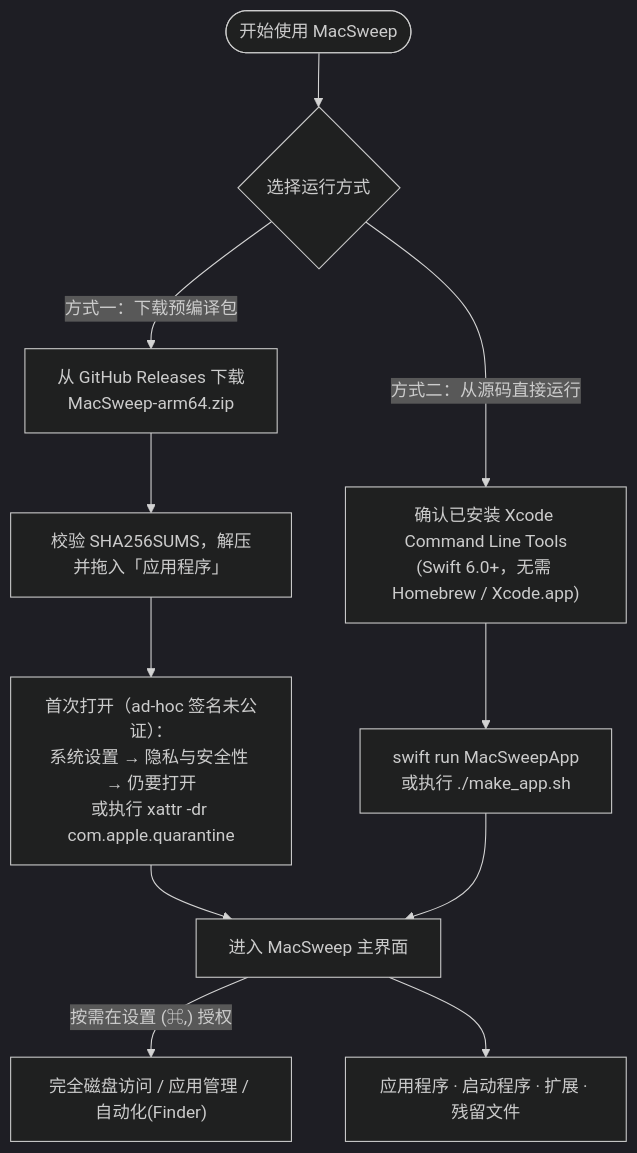
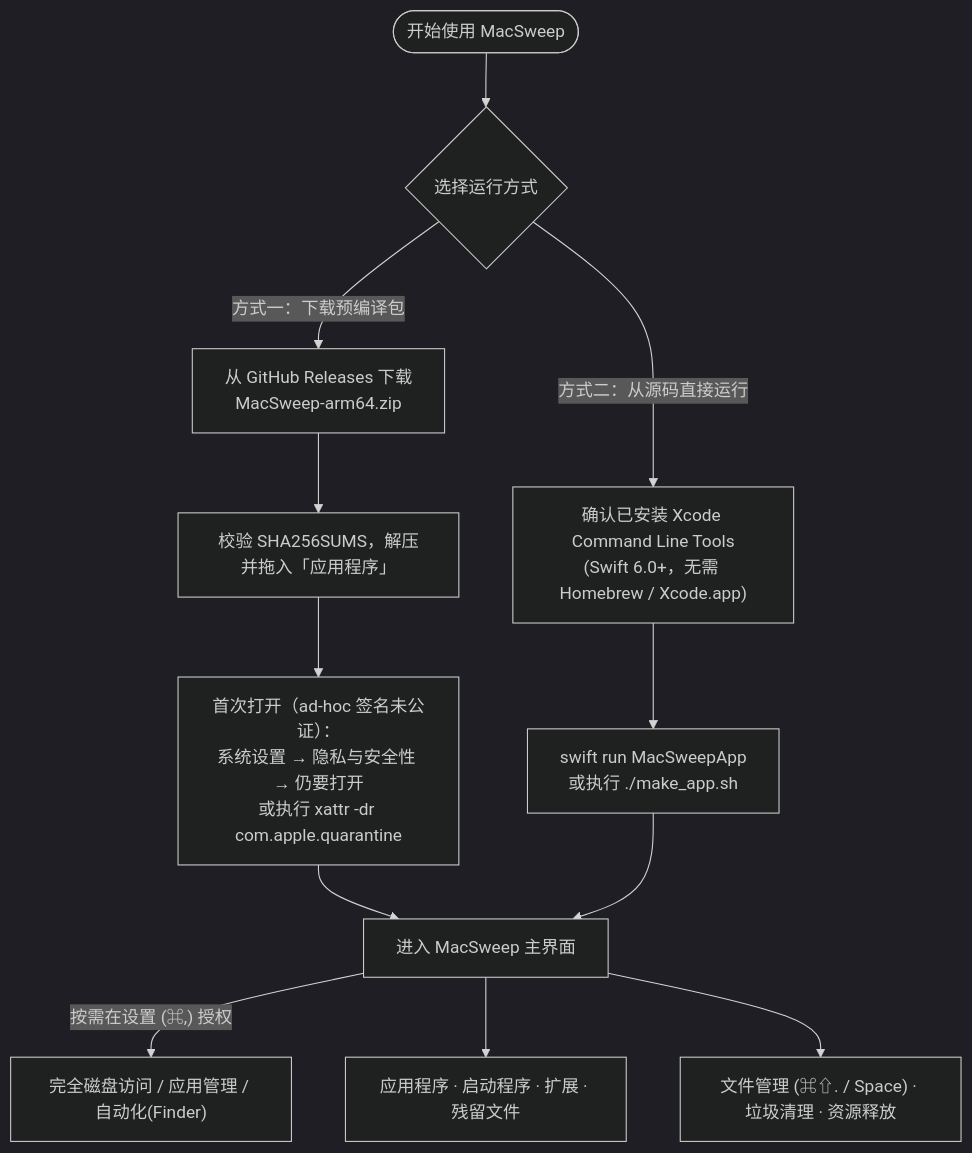
Before and after one commit to ChingYung717/MacSweep: the diagram in README_ZH.md, drawn with Mermaid (dark theme). The commit also changed other lines of this file and 80 other files, not shown here.

````diff
--- a/README_ZH.md
+++ b/README_ZH.md
@@ -55,13 +146,14 @@
 ```mermaid
 flowchart TD
     S(["开始使用 MacSweep"]) --> Q{"选择运行方式"}
     Q -->|"方式一：下载预编译包"| R1["从 GitHub Releases 下载\nMacSweep-arm64.zip"]
     R1 --> R2["校验 SHA256SUMS，解压并拖入「应用程序」"]
     R2 --> R3["首次打开（ad-hoc 签名未公证）：\n系统设置 → 隐私与安全性 → 仍要打开\n或执行 xattr -dr com.apple.quarantine"]
     Q -->|"方式二：从源码直接运行"| B1["确认已安装 Xcode Command Line Tools\n(Swift 6.0+，无需 Homebrew / Xcode.app)"]
     B1 --> B2["swift run MacSweepApp\n或执行 ./make_app.sh"]
     R3 --> W["进入 MacSweep 主界面"]
     B2 --> W
     W -->|"按需在设置 (⌘,) 授权"| P["完全磁盘访问 / 应用管理 / 自动化(Finder)"]
     W --> T1["应用程序 · 启动程序 · 扩展 · 残留文件"]
+    W --> T2["文件管理 (⌘⇧. / Space) · 垃圾清理 · 资源释放"]
 ```
````
